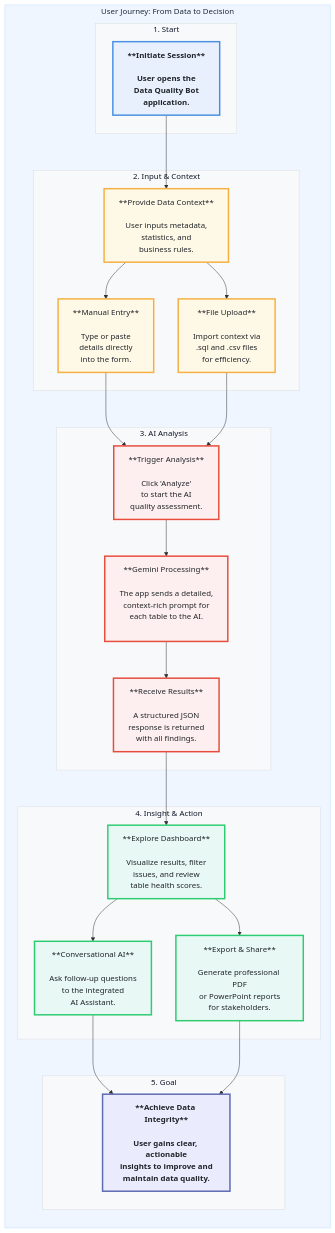
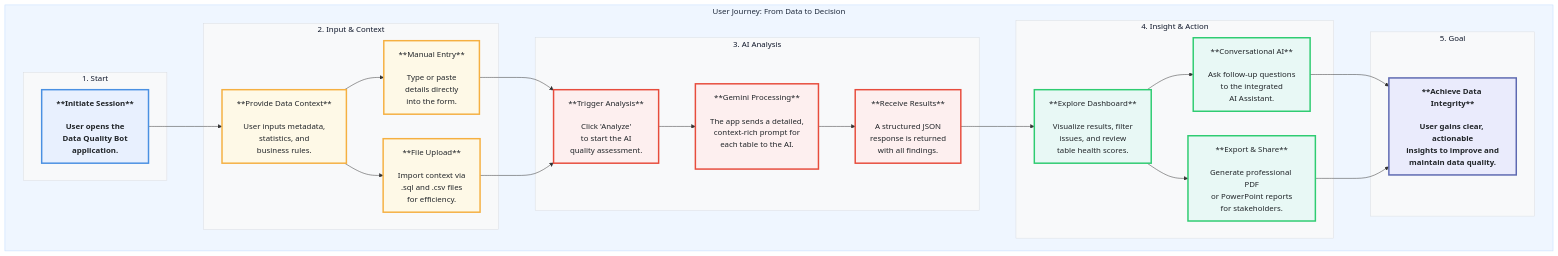
Before and after one commit to chtsalvishal/DQ_Gen_AI_Bot: the second of 2 diagrams in README.md, drawn with Mermaid.

Commit message:
docs: Improve README mermaid diagram layout
Adjusted the mermaid diagram in the README to improve visual clarity by removing an unnecessary `direction TD` directive. This ensures the diagram renders with a more intuitive top-down flow.

````diff
--- a/README.md
+++ b/README.md
@@ -92,55 +92,54 @@
 ```mermaid
 %%{init: { 'themeVariables': { 'fontSize': '36px', 'fontFamily': '"Segoe UI", Arial, sans-serif' } }}%%
 graph TD
     subgraph user_journey [User Journey: From Data to Decision]
-        direction TD
 
         subgraph sg1 [1. Start]
             A["**Initiate Session**<br><br>User opens the<br>Data Quality Bot<br>application.<br>"]:::startNode
         end
 
         subgraph sg2 [2. Input & Context]
             B["**Provide Data Context**<br><br>User inputs metadata,<br>statistics, and<br>business rules.<br>"]:::inputNode
             B --> B1["**Manual Entry**<br><br>Type or paste<br>details directly<br>into the form.<br>"]:::inputNode
             B --> B2["**File Upload**<br><br>Import context via<br>.sql and .csv files<br>for efficiency.<br>"]:::inputNode
         end
         
         subgraph sg3 [3. AI Analysis]
             C["**Trigger Analysis**<br><br>Click 'Analyze'<br>to start the AI<br>quality assessment.<br>"]:::analysisNode
             D["**Gemini Processing**<br><br>The app sends a detailed,<br>context-rich prompt for<br>each table to the AI.<br><br>"]:::analysisNode
             E["**Receive Results**<br><br>A structured JSON<br>response is returned<br>with all findings.<br>"]:::analysisNode
         end
 
         subgraph sg4 [4. Insight & Action]
             F["**Explore Dashboard**<br><br>Visualize results, filter<br>issues, and review<br>table health scores.<br>"]:::insightNode
             G["**Conversational AI**<br><br>Ask follow-up questions<br>to the integrated<br>AI Assistant.<br>"]:::insightNode
             H["**Export & Share**<br><br>Generate professional PDF<br>or PowerPoint reports<br>for stakeholders.<br>"]:::insightNode
         end
         
         subgraph sg5 [5. Goal]
            J["**Achieve Data Integrity**<br><br>User gains clear, actionable<br>insights to improve and<br>maintain data quality.<br>"]:::goalNode
         end
     end
 
     A --> B
     B1 --> C
     B2 --> C
     C --> D --> E
     E --> F
     F --> G & H
     G --> J
     H --> J
     
     style user_journey fill:#EFF6FF,stroke:#BFDBFE,color:#1e293b
     style sg1 fill:#F8F9FA,stroke:#DADCE0,color:#0f172a
     style sg2 fill:#F8F9FA,stroke:#DADCE0,color:#0f172a
     style sg3 fill:#F8F9FA,stroke:#DADCE0,color:#0f172a
     style sg4 fill:#F8F9FA,stroke:#DADCE0,color:#0f172a
     style sg5 fill:#F8F9FA,stroke:#DADCE0,color:#0f172a
 
     classDef startNode fill:#E8F0FE,stroke:#4A90E2,stroke-width:3px,color:#212529,font-weight:bold
     classDef inputNode fill:#FEF9E7,stroke:#F5B041,stroke-width:3px,color:#212529
     classDef analysisNode fill:#FDEFEF,stroke:#E74C3C,stroke-width:3px,color:#212529
     classDef insightNode fill:#E8F8F5,stroke:#2ECC71,stroke-width:3px,color:#212529
     classDef goalNode fill:#EAEBFC,stroke:#5D69B1,stroke-width:3px,color:#212529,font-weight:bold
 ```
````
